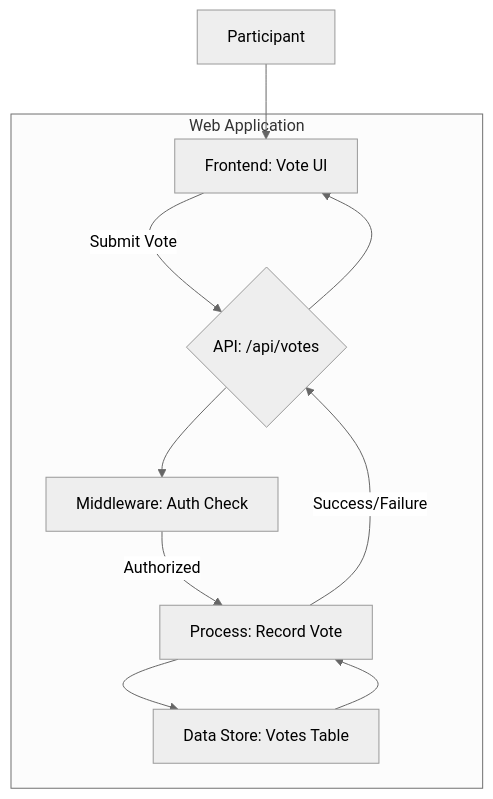
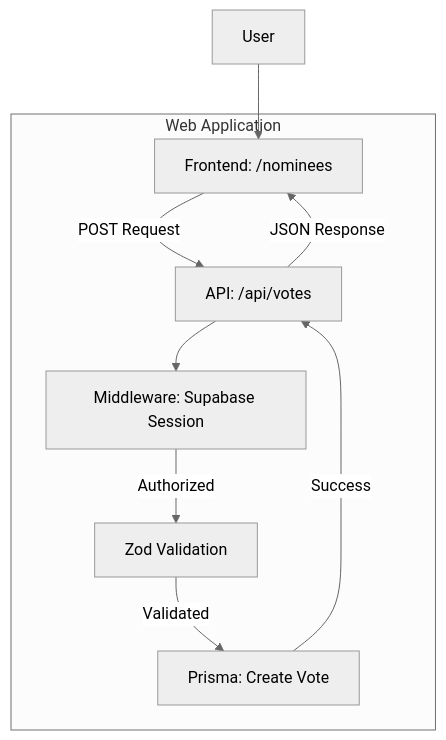
The second of 3 diagrams in README.md (Yonas143/studio), drawn with Mermaid (neutral theme) before and after one commit. The commit also changed other lines of this file and 1 other file, not shown here.

````diff
--- a/README.md
+++ b/README.md
@@ -33,19 +94,18 @@
 ```mermaid
 graph TD
     subgraph Web Application
-        A[Frontend: Vote UI]
-        B{API: /api/votes}
-        C[Middleware: Auth Check]
-        D[Process: Record Vote]
-        E[Data Store: Votes Table]
+        UI[Frontend: /nominees]
+        API[API: /api/votes]
+        Auth[Middleware: Supabase Session]
+        Validate[Zod Validation]
+        DB[Prisma: Create Vote]
     end
 
-    User[Participant] --> A
-    A -- Submit Vote --> B
-    B --> C
-    C -- Authorized --> D
-    D --> E
-    E --> D
-    D -- Success/Failure --> B
-    B --> A
+    User[User] --> UI
+    UI -- POST Request --> API
+    API --> Auth
+    Auth -- Authorized --> Validate
+    Validate -- Validated --> DB
+    DB -- Success --> API
+    API -- JSON Response --> UI
 ```
````
